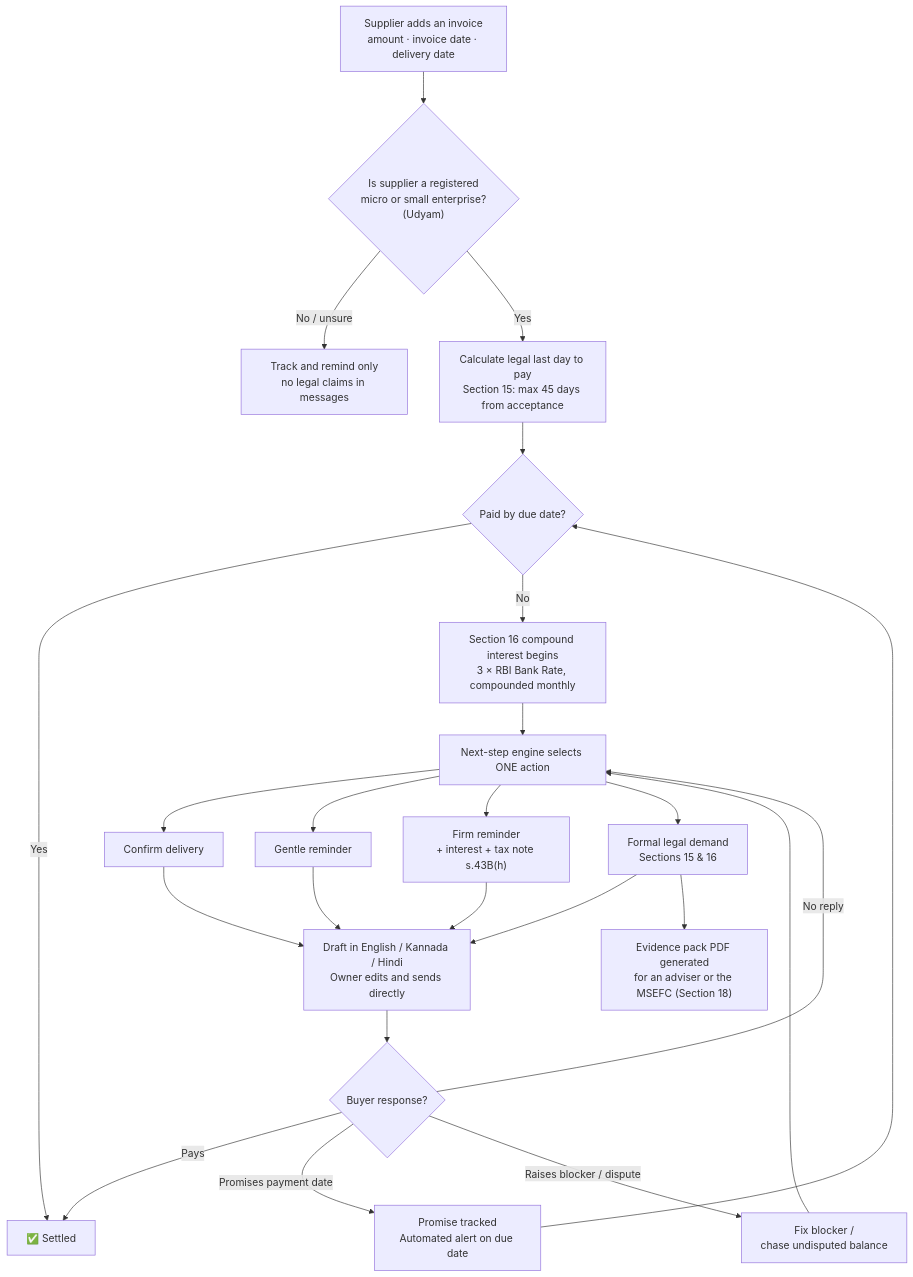
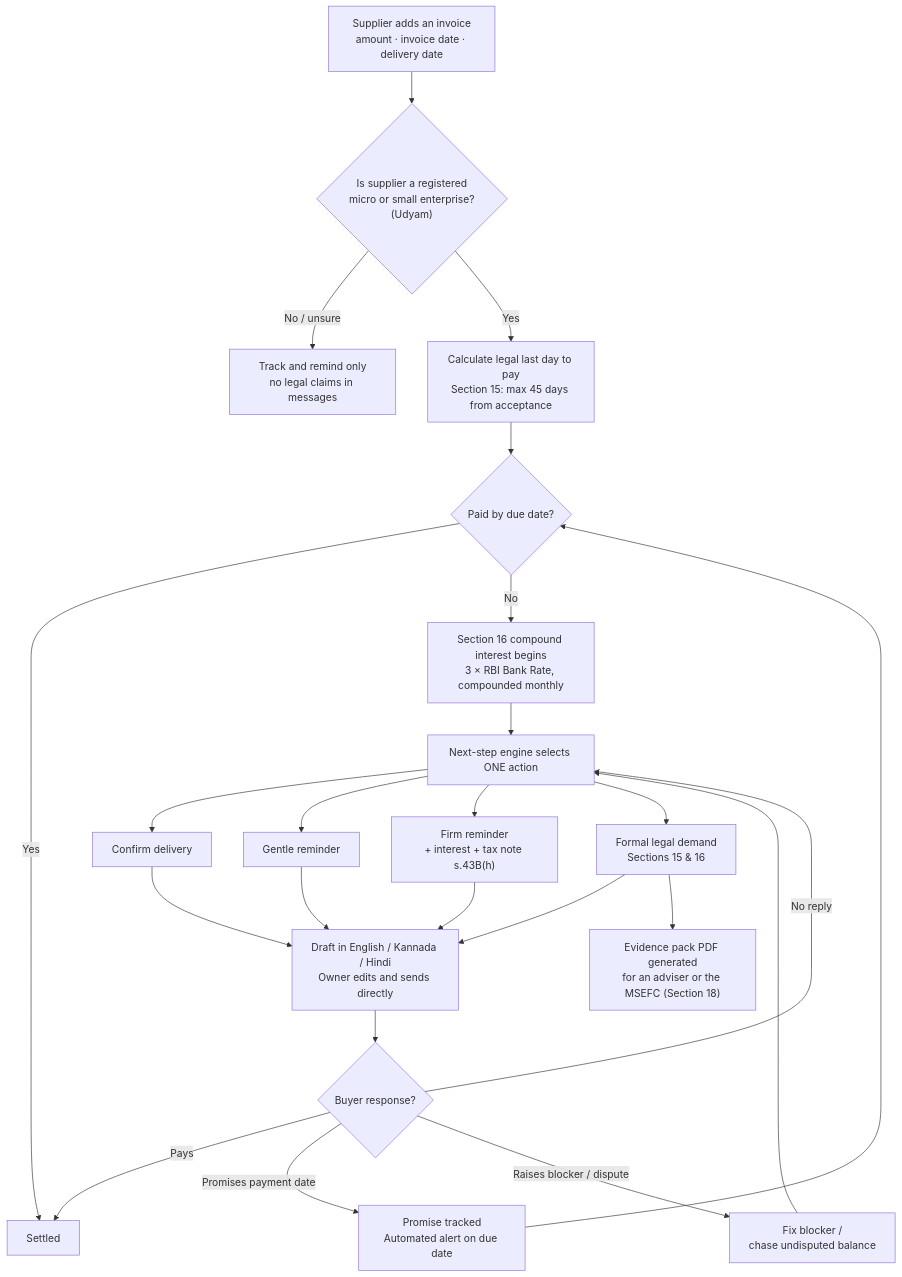
The second of 7 diagrams in README.md (ACCHU04/msme-recovery-copilot1), drawn with Mermaid before and after one commit. The commit also changed other lines of this file and 1 other file, not shown here.

````diff
--- a/README.md
+++ b/README.md
@@ -137,23 +137,23 @@
 ```mermaid
 flowchart TD
     A["Supplier adds an invoice<br/>amount · invoice date · delivery date"] --> B{"Is supplier a registered<br/>micro or small enterprise?<br/>(Udyam)"}
     B -- "No / unsure" --> B2["Track and remind only<br/>no legal claims in messages"]
     B -- "Yes" --> C["Calculate legal last day to pay<br/>Section 15: max 45 days from acceptance"]
     C --> D{"Paid by due date?"}
-    D -- "Yes" --> Z["✅ Settled"]
+    D -- "Yes" --> Z["Settled"]
     D -- "No" --> E["Section 16 compound interest begins<br/>3 × RBI Bank Rate, compounded monthly"]
     E --> F["Next-step engine selects ONE action"]
     F --> F1["Confirm delivery"]
     F --> F2["Gentle reminder"]
     F --> F3["Firm reminder<br/>+ interest + tax note s.43B(h)"]
     F --> F4["Formal legal demand<br/>Sections 15 & 16"]
     F1 & F2 & F3 & F4 --> G["Draft in English / Kannada / Hindi<br/>Owner edits and sends directly"]
     G --> H{"Buyer response?"}
     H -- "Pays" --> Z
     H -- "Promises payment date" --> I["Promise tracked<br/>Automated alert on due date"]
     H -- "Raises blocker / dispute" --> J["Fix blocker /<br/>chase undisputed balance"]
     H -- "No reply" --> F
     I --> D
     J --> F
     F4 --> K["Evidence pack PDF generated<br/>for an adviser or the MSEFC (Section 18)"]
 ```
````
